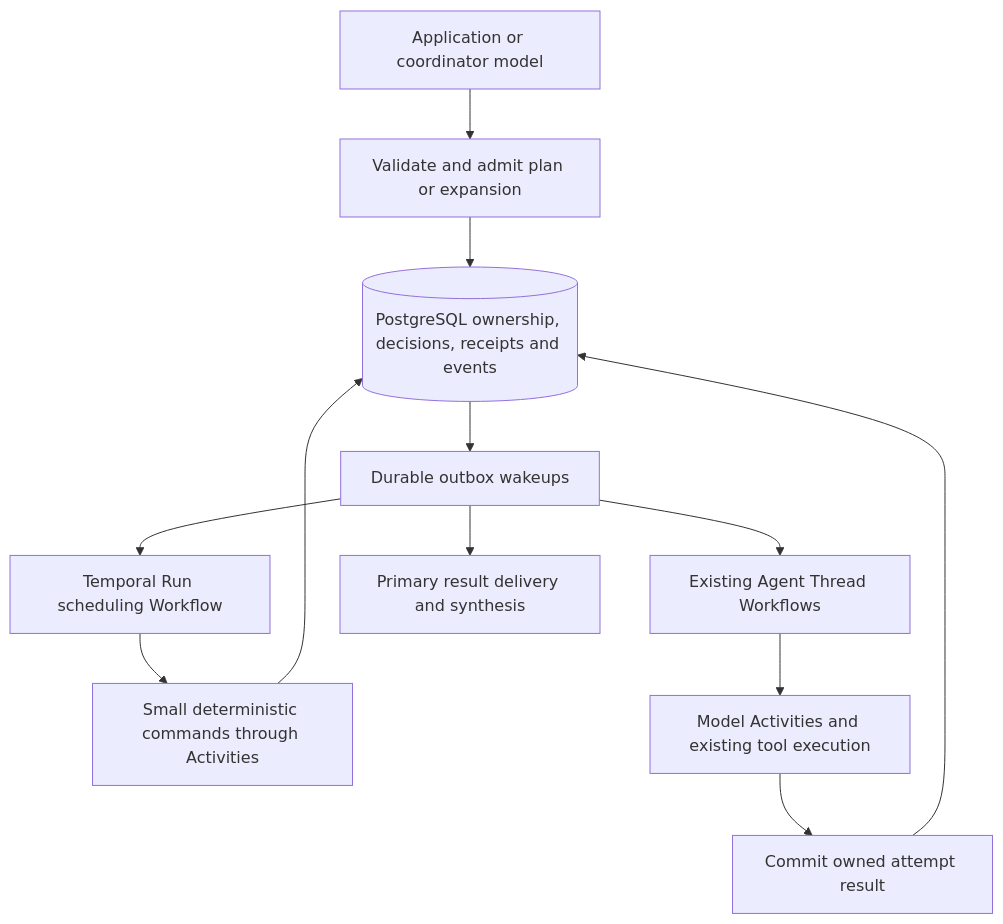
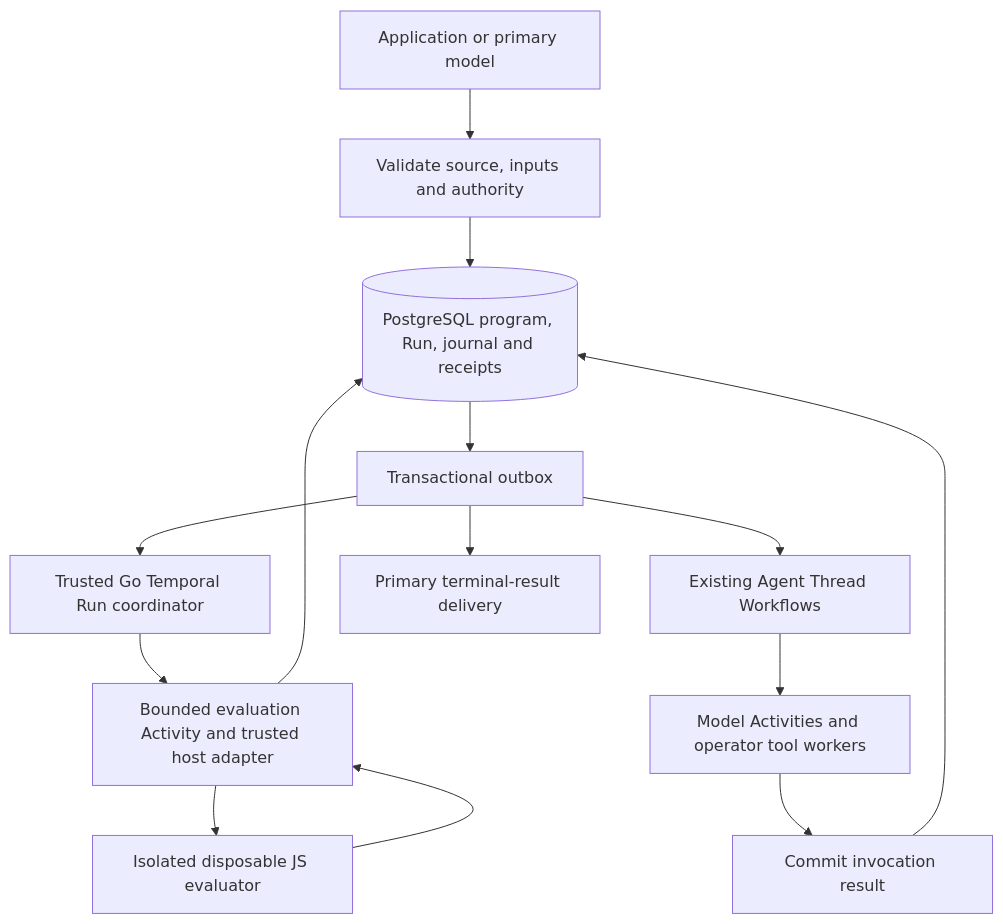
Before and after one commit to yanpgwang/mango: the diagram in docs/design/workflow-runs.md, drawn with Mermaid. The commit also changed other lines of this file and 2 other files, not shown here.

````diff
--- a/docs/design/workflow-runs.md
+++ b/docs/design/workflow-runs.md
@@ -159,14 +147,16 @@
 ```mermaid
 flowchart TD
-    A[Application or coordinator model] --> B[Validate and admit plan or expansion]
-    B --> P[(PostgreSQL ownership, decisions, receipts and events)]
-    P --> O[Durable outbox wakeups]
-    O --> R[Temporal Run scheduling Workflow]
-    R --> D[Small deterministic commands through Activities]
-    D --> P
+    A[Application or primary model] --> B[Validate source, inputs and authority]
+    B --> P[(PostgreSQL program, Run, journal and receipts)]
+    P --> O[Transactional outbox]
+    O --> R[Trusted Go Temporal Run coordinator]
+    R --> H[Bounded evaluation Activity and trusted host adapter]
+    H --> J[Isolated disposable JS evaluator]
+    J --> H
+    H --> P
     O --> T[Existing Agent Thread Workflows]
-    T --> E[Model Activities and existing tool execution]
-    E --> C[Commit owned attempt result]
+    T --> E[Model Activities and operator tool workers]
+    E --> C[Commit invocation result]
     C --> P
-    O --> S[Primary result delivery and synthesis]
+    O --> S[Primary terminal-result delivery]
 ```
````
